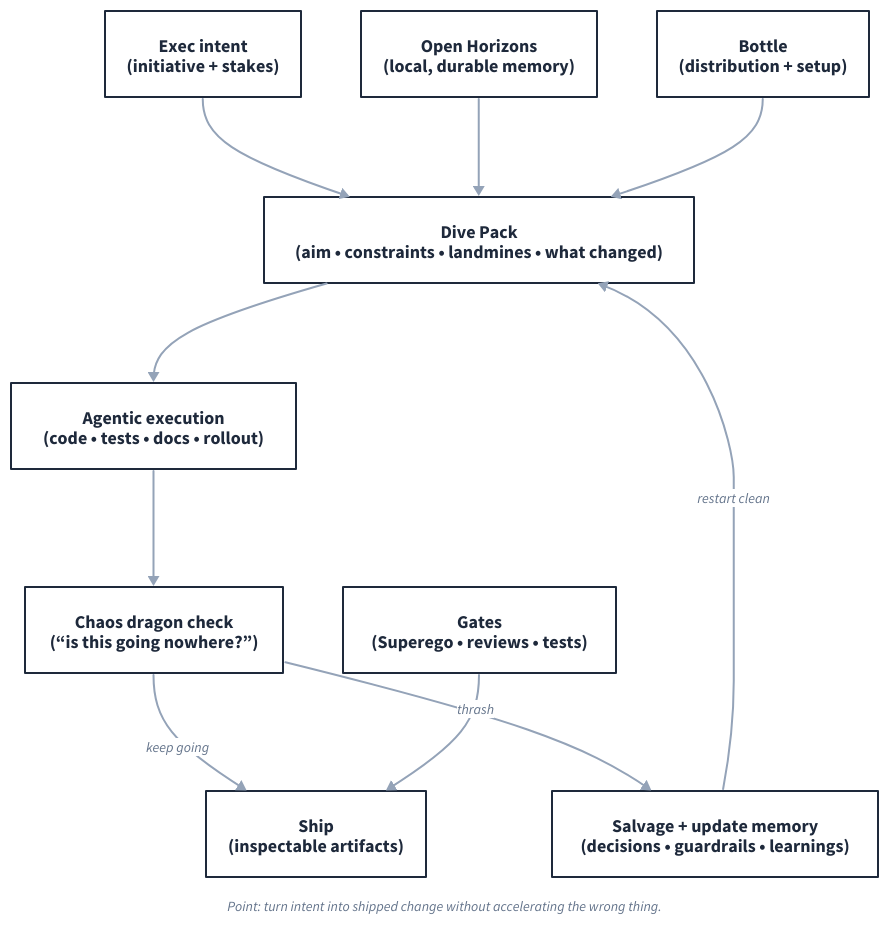
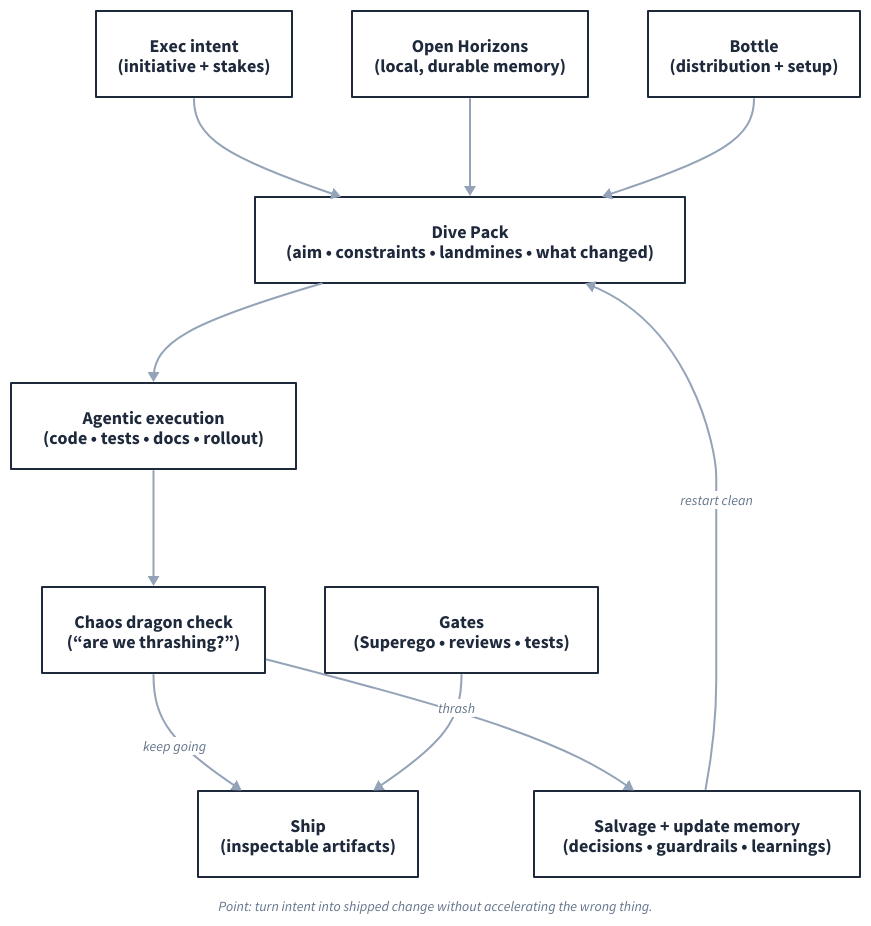
Before and after one commit to muness/muness.github.io: the diagram in viz/grounded-execution-system.d2, drawn with D2. The commit also changed 8 other files, not shown here.

```diff
--- a/viz/grounded-execution-system.d2
+++ b/viz/grounded-execution-system.d2
@@ -1,111 +1,111 @@
 direction: down
 
 vars: {
   center-color: "#64748B" # Slate gray
   accent-color: "#94A3B8" # Muted blue-gray
   text-color: "#1E293B" # Dark slate
   subtitle-color: "#64748B" # Medium slate
 }
 
 classes: {
   box: {
     style: {
       stroke: ${text-color}
       stroke-width: 2
       fill: "#FFFFFF"
       font-color: ${text-color}
       font-size: 18
       bold: true
     }
   }
   edge: {
     style: {
       stroke: ${accent-color}
       stroke-width: 2
       font-color: ${subtitle-color}
       font-size: 14
     }
   }
   note: {
     shape: text
     style: {
       font-color: ${subtitle-color}
       font-size: 14
       italic: true
     }
   }
 }
 
 exec: {
   class: box
   label: "Exec intent\n(initiative + stakes)"
 }
 
 dive: {
   class: box
   label: "Dive Pack\n(aim • constraints • landmines • what changed)"
 }
 
 run: {
   class: box
   label: "Agentic execution\n(code • tests • docs • rollout)"
 }
 
-drift: {
+check: {
   class: box
-  label: "Chaos dragon check\n(“is this going nowhere?”)"
+  label: "Chaos dragon check\n(“are we thrashing?”)"
 }
 
 ship: {
   class: box
   label: "Ship\n(inspectable artifacts)"
 }
 
 salvage: {
   class: box
   label: "Salvage + update memory\n(decisions • guardrails • learnings)"
 }
 
 exec -> dive: {class: edge}
 dive -> run: {class: edge}
-run -> drift: {class: edge}
+run -> check: {class: edge}
 
-drift -> ship: {
+check -> ship: {
   class: edge
   label: "keep going"
 }
 
-drift -> salvage: {
+check -> salvage: {
   class: edge
   label: "thrash"
 }
 
 salvage -> dive: {
   class: edge
   label: "restart clean"
 }
 
 oh: {
   class: box
   label: "Open Horizons\n(local, durable memory)"
 }
 
 gates: {
   class: box
   label: "Gates\n(Superego • reviews • tests)"
 }
 
 bottle: {
   class: box
   label: "Bottle\n(distribution + setup)"
 }
 
 oh -> dive: {class: edge}
 gates -> ship: {class: edge}
 bottle -> dive: {class: edge}
 
 caption: {
   class: note
   label: "Point: turn intent into shipped change without accelerating the wrong thing."
   near: bottom-center
 }
```
